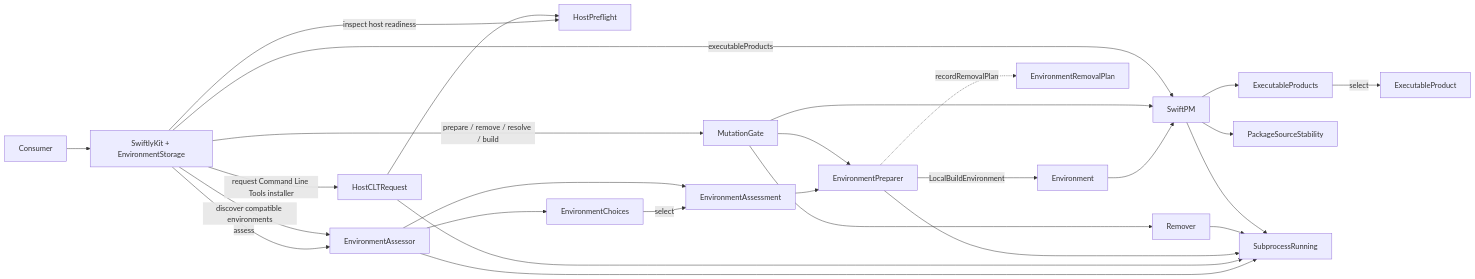
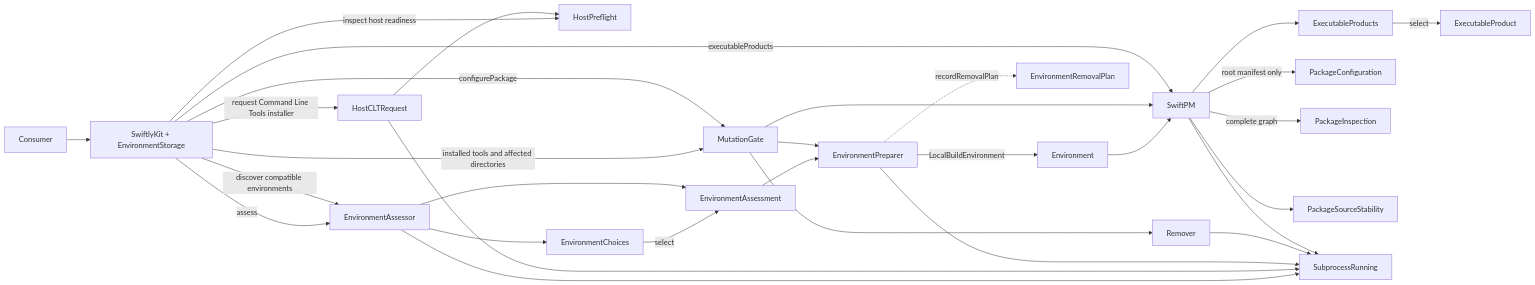
The diagram in Documentation/Architecture.md (mottzi/SwiftlyKit), drawn with Mermaid before and after one commit. The commit also changed other lines of this file and 22 other files, not shown here.

Commit message:
Separate root configuration from dependency validation

````diff
--- a/Documentation/Architecture.md
+++ b/Documentation/Architecture.md
@@ -8,29 +8,32 @@
 ```mermaid
 flowchart LR
     Consumer --> Facade[SwiftlyKit + EnvironmentStorage]
     Facade -->|inspect host readiness| Preflight[HostPreflight]
     Facade -->|request Command Line Tools installer| Requester[HostCLTRequest]
     Requester --> Preflight
     Facade -->|assess| Assessor[EnvironmentAssessor]
     Facade -->|discover compatible environments| Assessor
     Assessor --> Choices[EnvironmentChoices]
     Choices -->|select| Assessment
     Assessor --> Assessment[EnvironmentAssessment]
     Assessment --> Preparer[EnvironmentPreparer]
     Preparer -->|LocalBuildEnvironment| Environment
     Preparer -.->|recordRemovalPlan| RemovalPlan[EnvironmentRemovalPlan]
     Environment --> SwiftPM
     SwiftPM --> Products[ExecutableProducts]
+    SwiftPM -->|root manifest only| Configuration[PackageConfiguration]
+    SwiftPM -->|complete graph| Inspection[PackageInspection]
     Products -->|select| Product[ExecutableProduct]
     SwiftPM --> Stability[PackageSourceStability]
-    Facade -->|prepare / remove / resolve / build| Gate[MutationGate]
+    Facade -->|installed tools and affected directories| Gate[MutationGate]
     Gate --> Preparer
     Gate --> Remover
     Gate --> SwiftPM
     Facade -->|executableProducts| SwiftPM
+    Facade -->|configurePackage| Gate
     Assessor --> Subprocess[SubprocessRunning]
     Requester --> Subprocess
     Preparer --> Subprocess
     Remover --> Subprocess
     SwiftPM --> Subprocess
 ```
````
